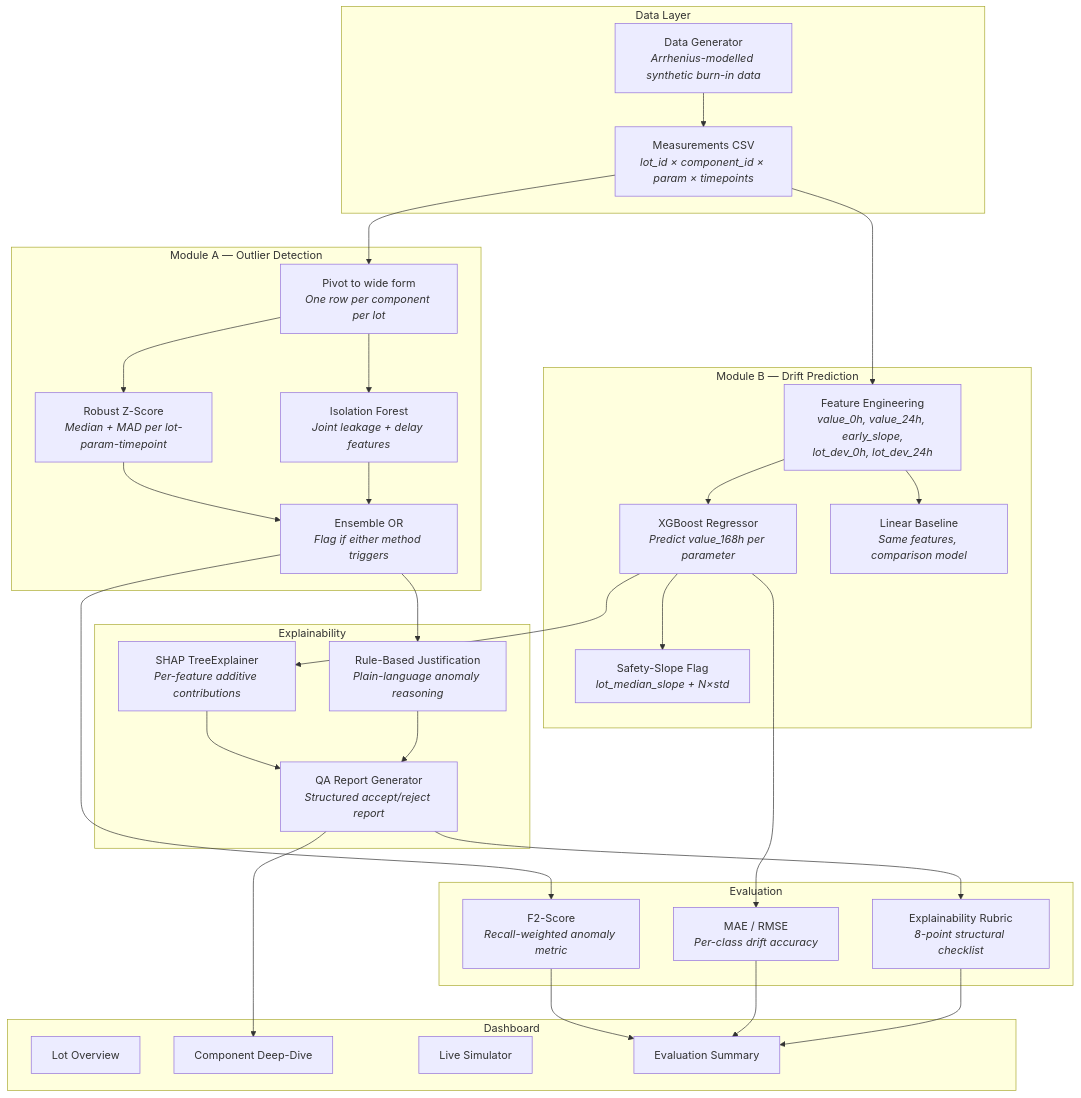
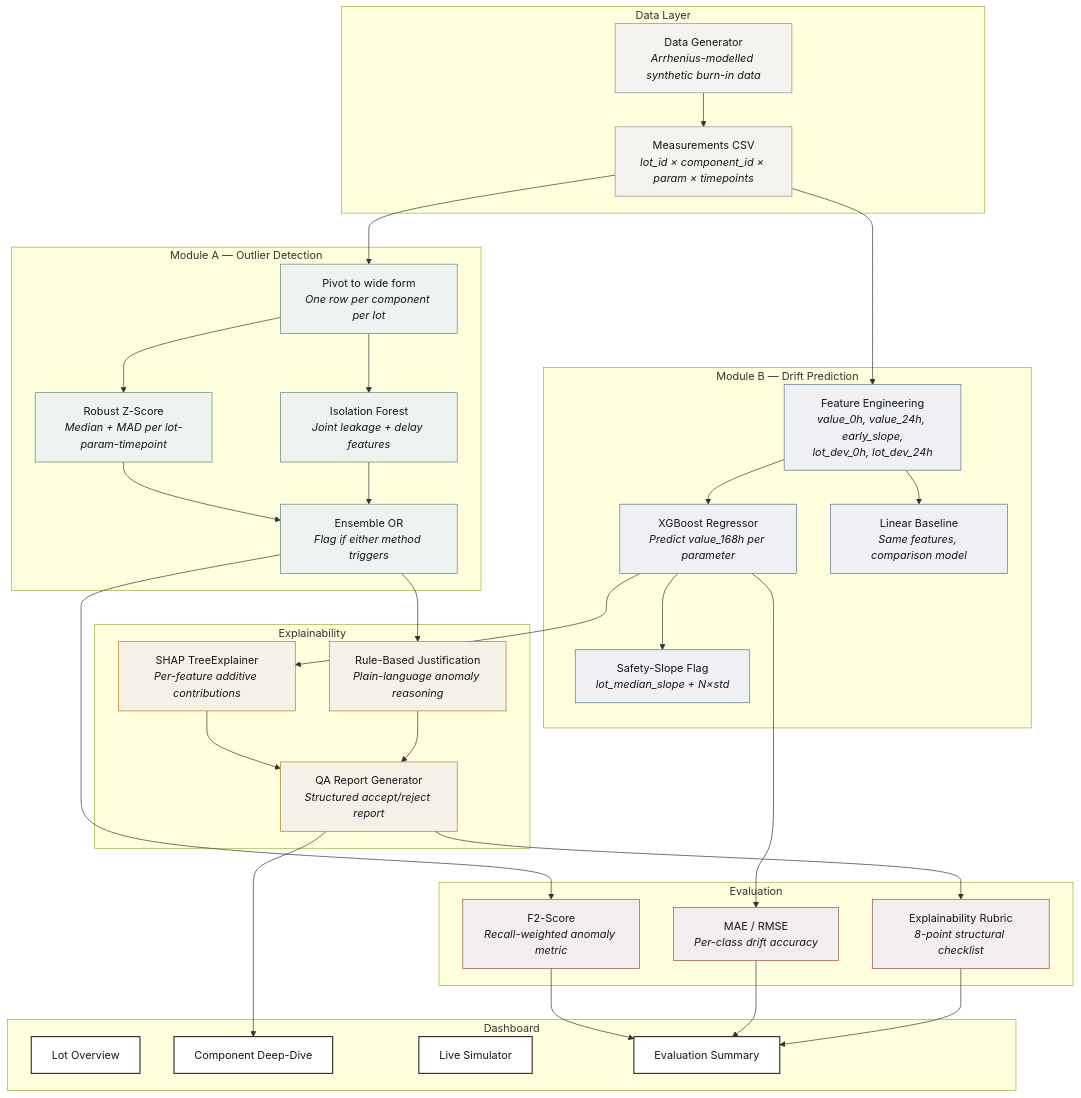
One commit to Prem-333/Hail-Mary changed the diagram in README.md. Above: the diagram before and after it, drawn with Mermaid. The commit also changed other lines of this file, not shown here.

````diff
--- a/README.md
+++ b/README.md
@@ -28,55 +77,69 @@
 ```mermaid
 graph TB
     subgraph DataLayer ["Data Layer"]
         GEN["Data Generator<br/><i>Arrhenius-modelled synthetic burn-in data</i>"]
         RAW["Measurements CSV<br/><i>lot_id × component_id × param × timepoints</i>"]
         GEN --> RAW
     end
 
     subgraph ModuleA ["Module A — Outlier Detection"]
         PIVOT["Pivot to wide form<br/><i>One row per component per lot</i>"]
         ROBUST["Robust Z-Score<br/><i>Median + MAD per lot-param-timepoint</i>"]
         ISO["Isolation Forest<br/><i>Joint leakage + delay features</i>"]
         COMBINE["Ensemble OR<br/><i>Flag if either method triggers</i>"]
         RAW --> PIVOT --> ROBUST --> COMBINE
         PIVOT --> ISO --> COMBINE
     end
 
     subgraph ModuleB ["Module B — Drift Prediction"]
         FE["Feature Engineering<br/><i>value_0h, value_24h, early_slope,<br/>lot_dev_0h, lot_dev_24h</i>"]
         XGB["XGBoost Regressor<br/><i>Predict value_168h per parameter</i>"]
         LR["Linear Baseline<br/><i>Same features, comparison model</i>"]
         SLOPE["Safety-Slope Flag<br/><i>lot_median_slope + N×std</i>"]
         RAW --> FE --> XGB --> SLOPE
         FE --> LR
     end
 
     subgraph Explainability
         SHAP["SHAP TreeExplainer<br/><i>Per-feature additive contributions</i>"]
         JUSTIFY["Rule-Based Justification<br/><i>Plain-language anomaly reasoning</i>"]
         QA["QA Report Generator<br/><i>Structured accept/reject report</i>"]
         XGB --> SHAP --> QA
         COMBINE --> JUSTIFY --> QA
     end
 
     subgraph Evaluation
         F2["F2-Score<br/><i>Recall-weighted anomaly metric</i>"]
         MAE["MAE / RMSE<br/><i>Per-class drift accuracy</i>"]
         RUBRIC["Explainability Rubric<br/><i>8-point structural checklist</i>"]
         COMBINE --> F2
         XGB --> MAE
         QA --> RUBRIC
     end
 
     subgraph Dashboard
         LOT["Lot Overview"]
         DIVE["Component Deep-Dive"]
         SIM["Live Simulator"]
         EVAL["Evaluation Summary"]
     end
 
     QA --> DIVE
     F2 --> EVAL
     MAE --> EVAL
     RUBRIC --> EVAL
+
+    classDef dataLayer fill:#F4F3EF,stroke:#8A8F98,color:#14171A,stroke-width:1px
+    classDef moduleA fill:#EEF3EF,stroke:#5C8A6E,color:#14171A,stroke-width:1px
+    classDef moduleB fill:#EEF0F4,stroke:#5B7290,color:#14171A,stroke-width:1px
+    classDef explain fill:#F6F1E7,stroke:#B8791A,color:#14171A,stroke-width:1px
+    classDef evalNode fill:#F4EDED,stroke:#9B4B4B,color:#14171A,stroke-width:1px
+    classDef dash fill:#FFFFFF,stroke:#14171A,color:#14171A,stroke-width:1.5px
+
+    class GEN,RAW dataLayer
+    class PIVOT,ROBUST,ISO,COMBINE moduleA
+    class FE,XGB,LR,SLOPE moduleB
+    class SHAP,JUSTIFY,QA explain
+    class F2,MAE,RUBRIC evalNode
+    class LOT,DIVE,SIM,EVAL dash
 ```
````
